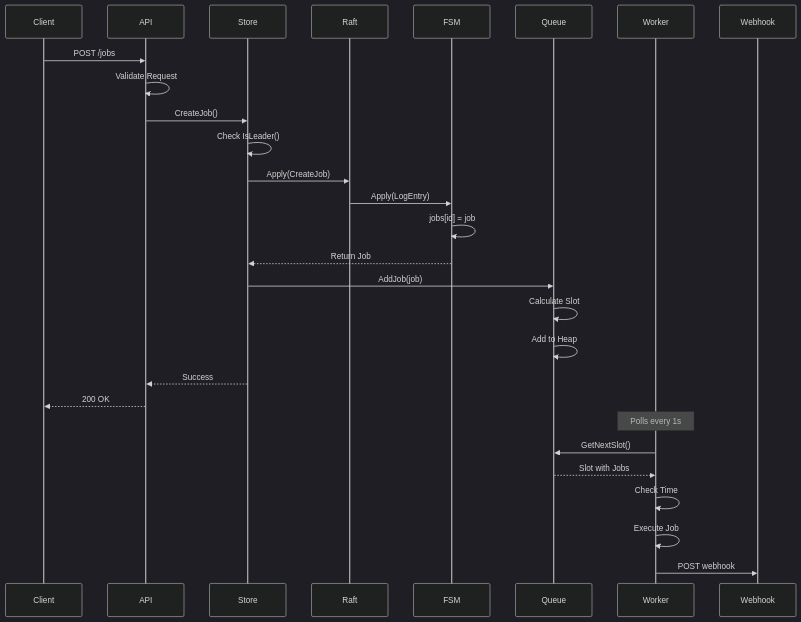
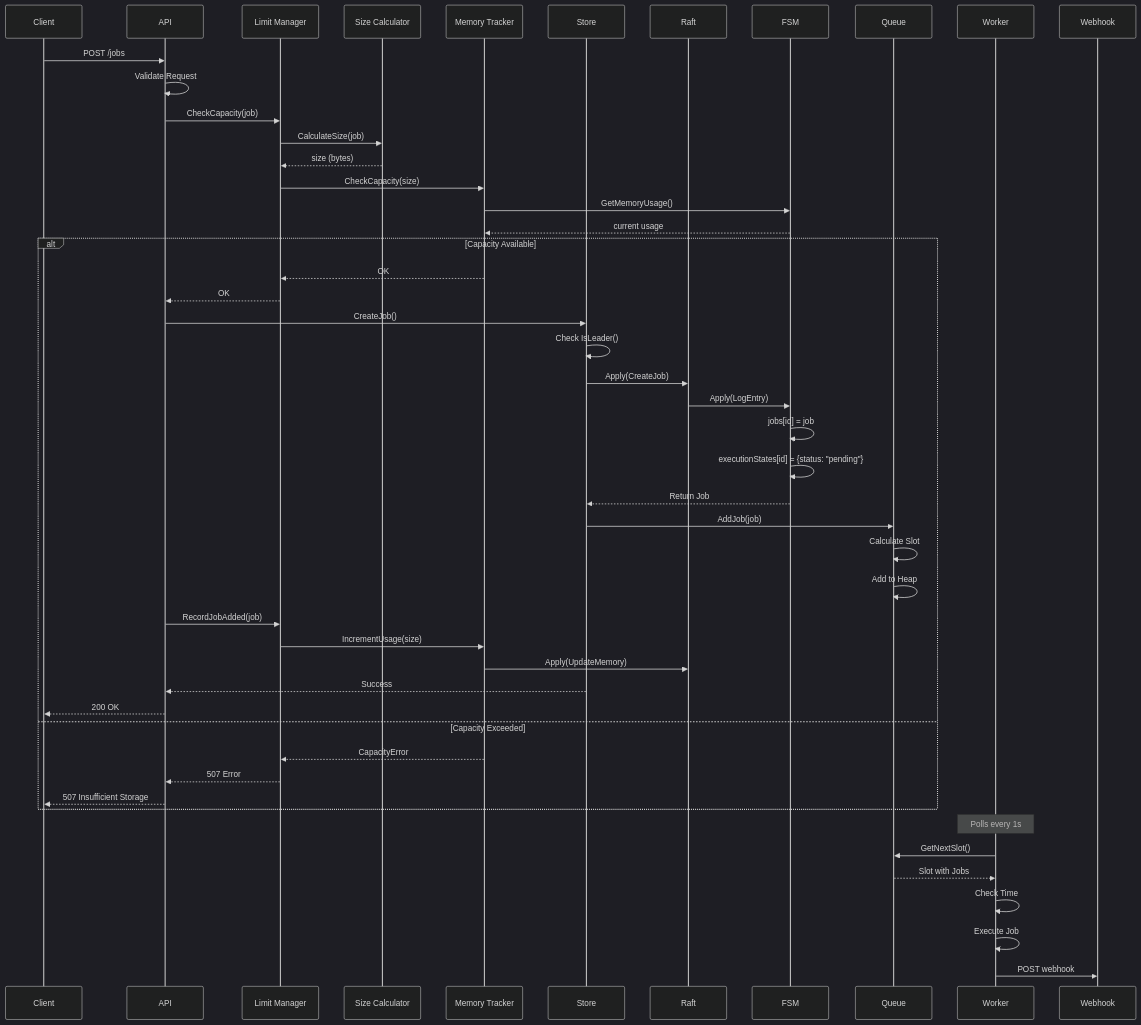
The seventh of 16 diagrams in docs/architecture.md (manudiv16/scheduled-db), drawn with Mermaid (dark theme) before and after one commit. The commit also changed other lines of this file and 11 other files, not shown here.

````diff
--- a/docs/architecture.md
+++ b/docs/architecture.md
@@ -205,31 +319,53 @@
 ```mermaid
 sequenceDiagram
     participant Client
     participant API
+    participant LM as Limit Manager
+    participant SC as Size Calculator
+    participant MT as Memory Tracker
     participant Store
     participant Raft
     participant FSM
     participant Queue
     participant Worker
     
     Client->>API: POST /jobs
     API->>API: Validate Request
-    API->>Store: CreateJob()
-    Store->>Store: Check IsLeader()
-    Store->>Raft: Apply(CreateJob)
-    Raft->>FSM: Apply(LogEntry)
-    FSM->>FSM: jobs[id] = job
-    FSM-->>Store: Return Job
-    Store->>Queue: AddJob(job)
-    Queue->>Queue: Calculate Slot
-    Queue->>Queue: Add to Heap
-    Store-->>API: Success
-    API-->>Client: 200 OK
+    API->>LM: CheckCapacity(job)
+    LM->>SC: CalculateSize(job)
+    SC-->>LM: size (bytes)
+    LM->>MT: CheckCapacity(size)
+    MT->>FSM: GetMemoryUsage()
+    FSM-->>MT: current usage
+    
+    alt Capacity Available
+        MT-->>LM: OK
+        LM-->>API: OK
+        API->>Store: CreateJob()
+        Store->>Store: Check IsLeader()
+        Store->>Raft: Apply(CreateJob)
+        Raft->>FSM: Apply(LogEntry)
+        FSM->>FSM: jobs[id] = job
+        FSM->>FSM: executionStates[id] = {status: "pending"}
+        FSM-->>Store: Return Job
+        Store->>Queue: AddJob(job)
+        Queue->>Queue: Calculate Slot
+        Queue->>Queue: Add to Heap
+        API->>LM: RecordJobAdded(job)
+        LM->>MT: IncrementUsage(size)
+        MT->>Raft: Apply(UpdateMemory)
+        Store-->>API: Success
+        API-->>Client: 200 OK
+    else Capacity Exceeded
+        MT-->>LM: CapacityError
+        LM-->>API: 507 Error
+        API-->>Client: 507 Insufficient Storage
+    end
     
     Note over Worker: Polls every 1s
     Worker->>Queue: GetNextSlot()
     Queue-->>Worker: Slot with Jobs
     Worker->>Worker: Check Time
     Worker->>Worker: Execute Job
     Worker->>Webhook: POST webhook
 ```
````
